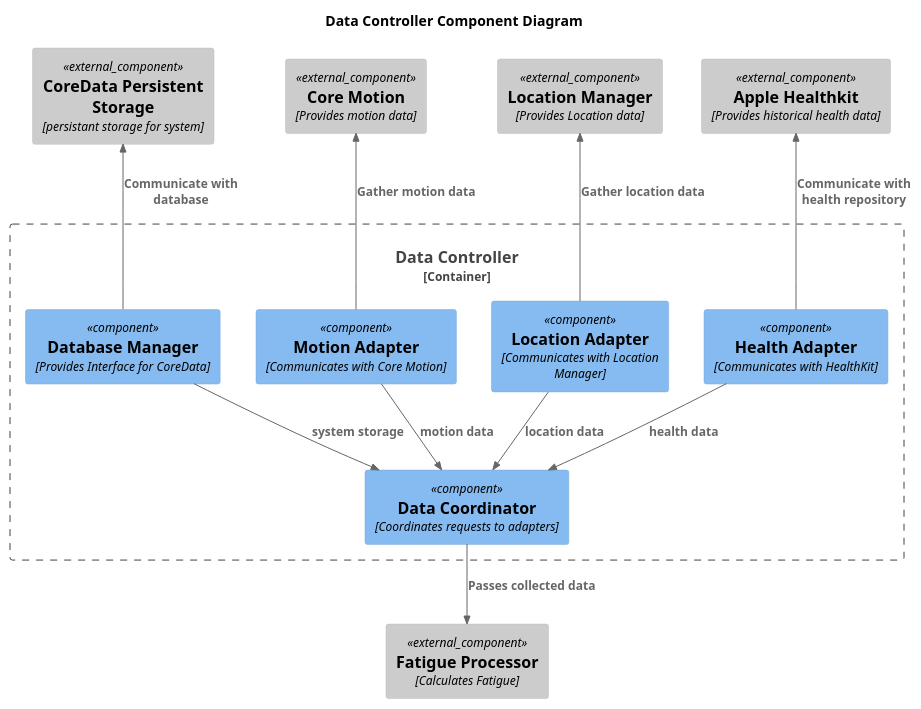
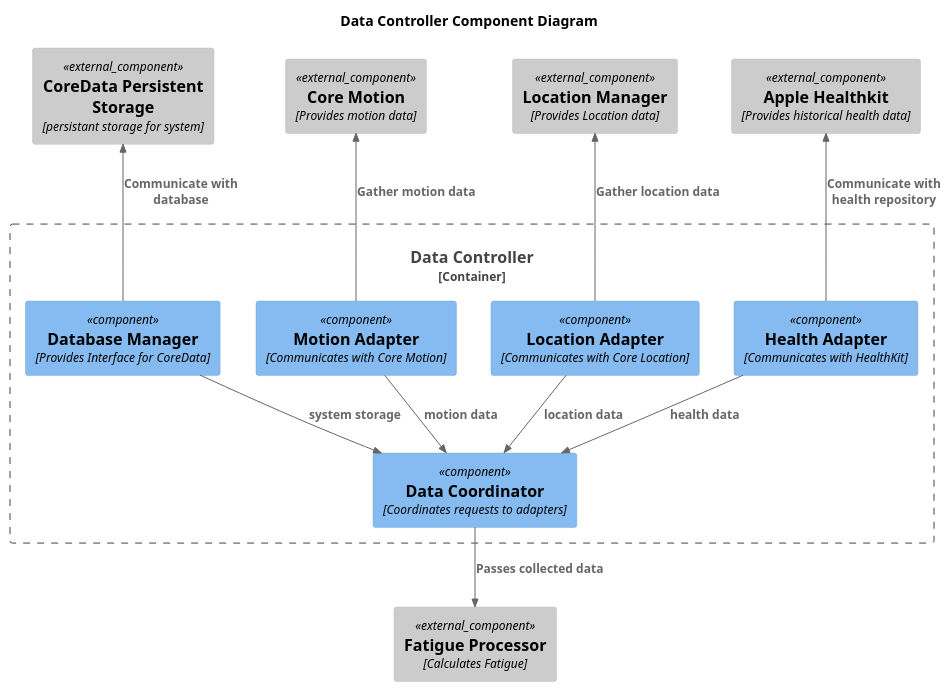
One commit to VC-658-Team/VC-658 changed the diagram in diagrams/component/data-controller-component-diagram.puml. Above: the diagram before and after it, drawn with PlantUML. The commit also changed 3 other files, not shown here.

Commit message:
updating diagrams

```diff
--- a/diagrams/component/data-controller-component-diagram.puml
+++ b/diagrams/component/data-controller-component-diagram.puml
@@ -1,39 +1,39 @@
 @startuml component-diagram-data-controller
 !include https://raw.githubusercontent.com/plantuml-stdlib/C4-PlantUML/master/C4_Component.puml
 
 title "Data Controller Component Diagram"
 
 
 Container_Boundary(controller, "Data Controller") {
     Component(healthAdpt, "Health Adapter", "Communicates with HealthKit")
-    Component(locationAdpt, "Location Adapter", "Communicates with Location Manager")
+    Component(locationAdpt, "Location Adapter", "Communicates with Core Location")
     Component(MotionAdpt, "Motion Adapter", "Communicates with Core Motion")
     Component(dbGateway, "Database Manager", "Provides Interface for CoreData")
     Component(coordinator, "Data Coordinator", "Coordinates requests to adapters")
 }
 
 Component_Ext(healthkit, "Apple Healthkit", "Provides historical health data")
-Component_Ext(locationMgr, "Location Manager", "Provides Location data")
+Component_Ext(coreLocation, "Location Manager", "Provides Location data")
 Component_Ext(coreMotion, "Core Motion", "Provides motion data")
 Component_Ext(coreData, "CoreData Persistent Storage", "persistant storage for system")
 Component_Ext(fatigueProc, "Fatigue Processor", "Calculates Fatigue")
 
 ' External relations
 Rel_U(healthAdpt, healthkit, "Communicate with health repository")
-Rel_U(locationAdpt, locationMgr, "Gather location data")
+Rel_U(locationAdpt, coreLocation, "Gather location data")
 Rel_U(MotionAdpt, coreMotion, "Gather motion data")
 Rel_U(dbGateway, coreData, "Communicate with database")
 
 
 ' Internal relations
 Rel(healthAdpt, coordinator, "health data")
 Rel(locationAdpt, coordinator, "location data")
 Rel(MotionAdpt, coordinator, "motion data")
 Rel(dbGateway, coordinator, "system storage")
 
 Rel(coordinator, fatigueProc, "Passes collected data")
 
 
 
 
 @enduml
```
